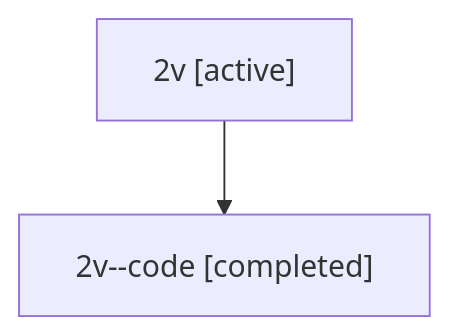
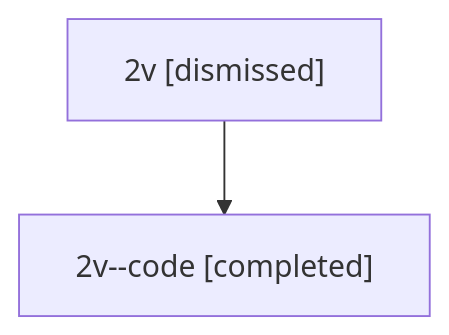
Before and after one commit to sase-org/sase--agents: the diagram in sessions/bbugyi200.athena.2v.md, drawn with Mermaid. The commit also changed other lines of this file and 33 other files, not shown here.

````diff
--- a/sessions/bbugyi200.athena.2v.md
+++ b/sessions/bbugyi200.athena.2v.md
@@ -9,6 +9,6 @@
 ```mermaid
 flowchart TD
-  n0["2v [active]"]
+  n0["2v [dismissed]"]
   n1["2v--code [completed]"]
   n0 --> n1
 ```
````
